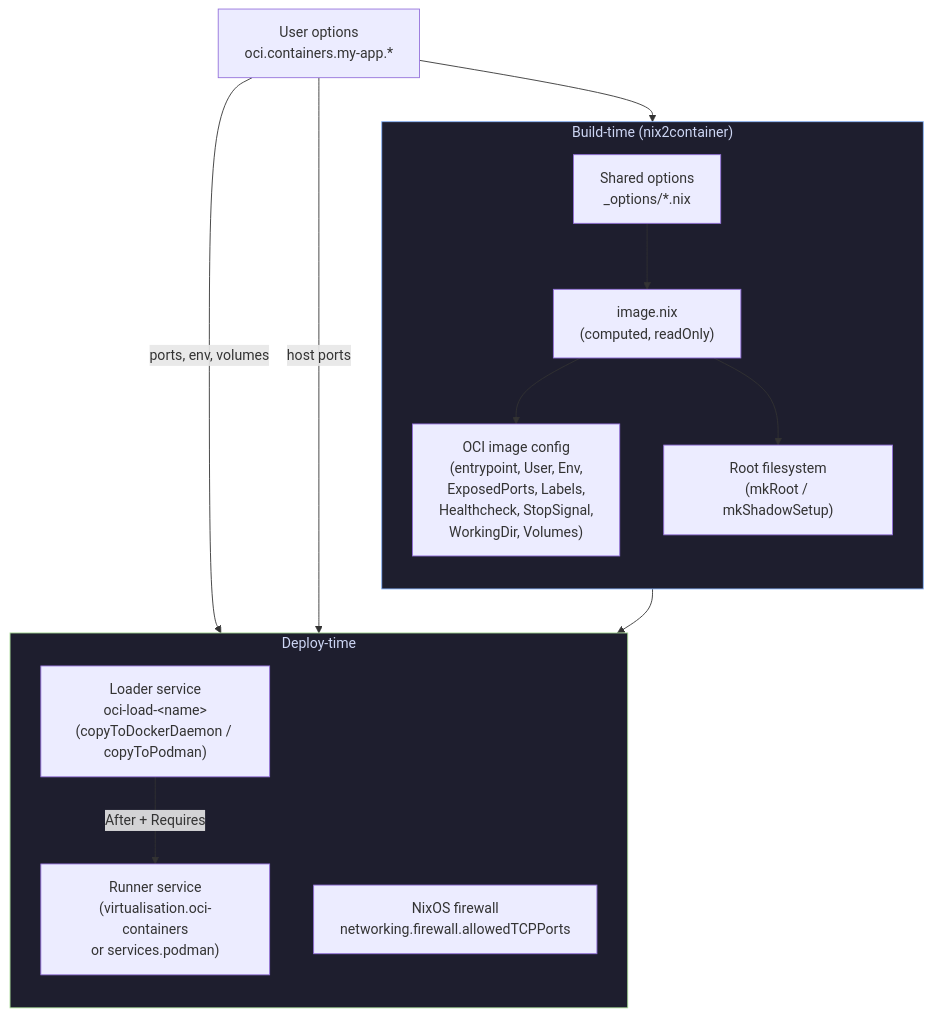
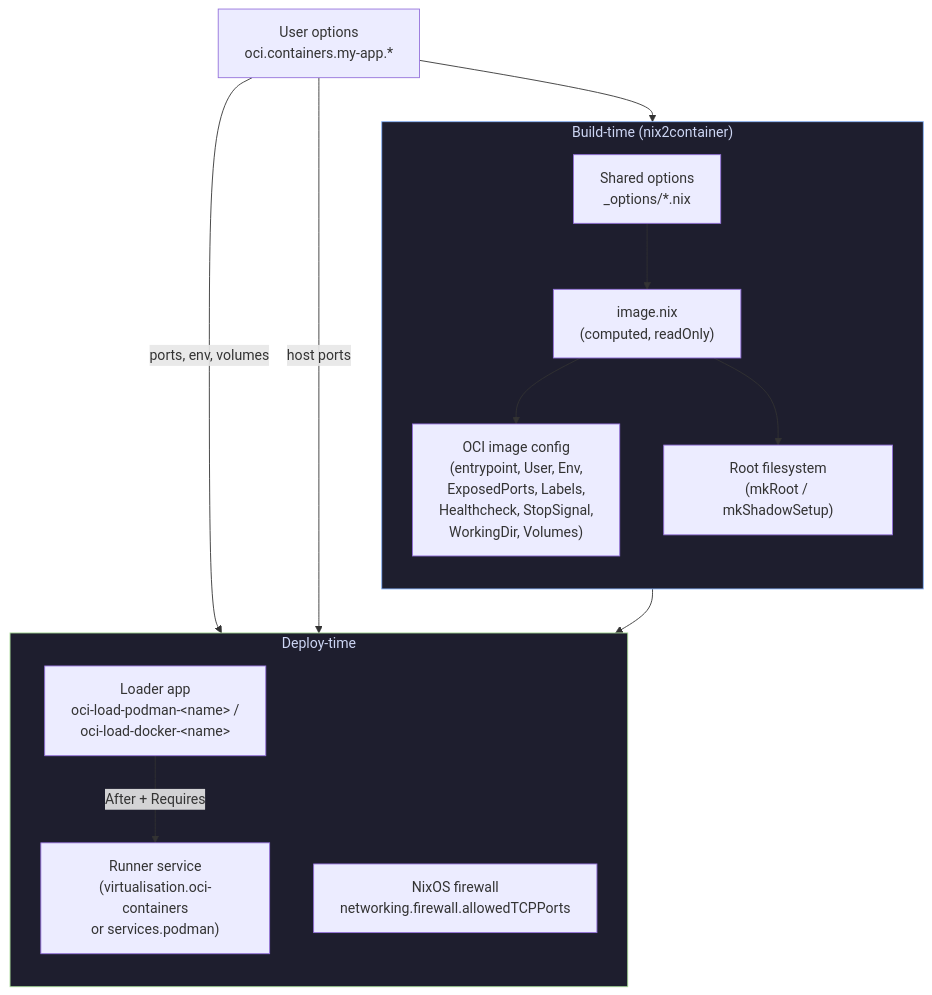
The first of 16 diagrams in docs/content/architecture/container-metadata-wiring.md (Dauliac/nix-oci), drawn with Mermaid before and after one commit. The commit also changed other lines of this file and 17 other files, not shown here.

````diff
--- a/docs/content/architecture/container-metadata-wiring.md
+++ b/docs/content/architecture/container-metadata-wiring.md
@@ -18,31 +18,31 @@
 ```mermaid
 flowchart TD
     User["User options<br/>oci.containers.my-app.*"]
 
     subgraph build ["Build-time (nix2container)"]
         direction TB
         SharedOpts["Shared options<br/>_options/*.nix"]
         ImageNix["image.nix<br/>(computed, readOnly)"]
         OCI["OCI image config<br/>(entrypoint, User, Env,<br/>ExposedPorts, Labels,<br/>Healthcheck, StopSignal,<br/>WorkingDir, Volumes)"]
         Root["Root filesystem<br/>(mkRoot / mkShadowSetup)"]
         SharedOpts --> ImageNix
         ImageNix --> OCI
         ImageNix --> Root
     end
 
     subgraph deploy ["Deploy-time"]
         direction TB
-        Loader["Loader service<br/>oci-load-&lt;name&gt;<br/>(copyToDockerDaemon / copyToPodman)"]
+        Loader["Loader app<br/>oci-load-podman-&lt;name&gt; /<br/>oci-load-docker-&lt;name&gt;"]
         Runner["Runner service<br/>(virtualisation.oci-containers<br/>or services.podman)"]
         FW["NixOS firewall<br/>networking.firewall.allowedTCPPorts"]
     end
 
     User --> SharedOpts
     OCI --> Loader
     Loader -->|"After + Requires"| Runner
     User -->|"ports, env, volumes"| Runner
     User -->|"host ports"| FW
 
     style build fill:#1e1e2e,stroke:#89b4fa,color:#cdd6f4
     style deploy fill:#1e1e2e,stroke:#a6da95,color:#cdd6f4
 ```
````
